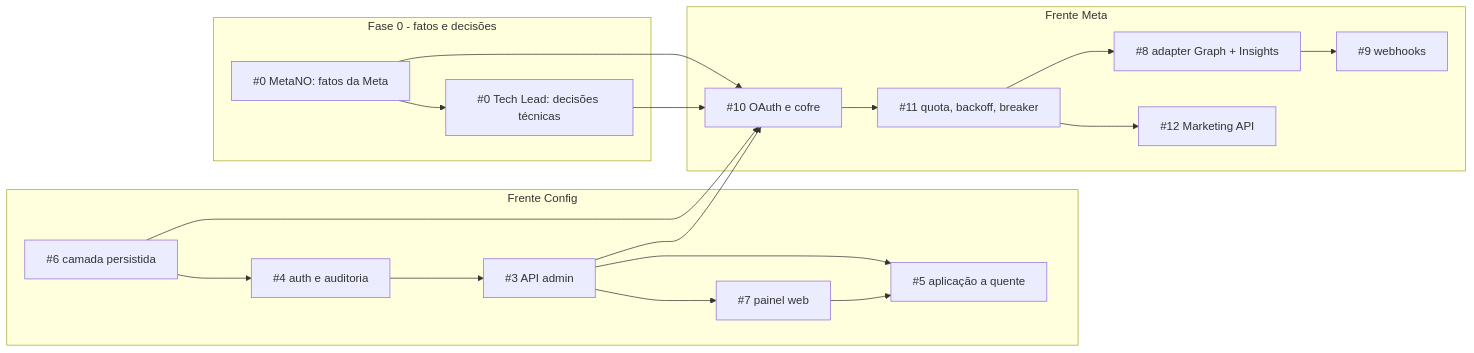
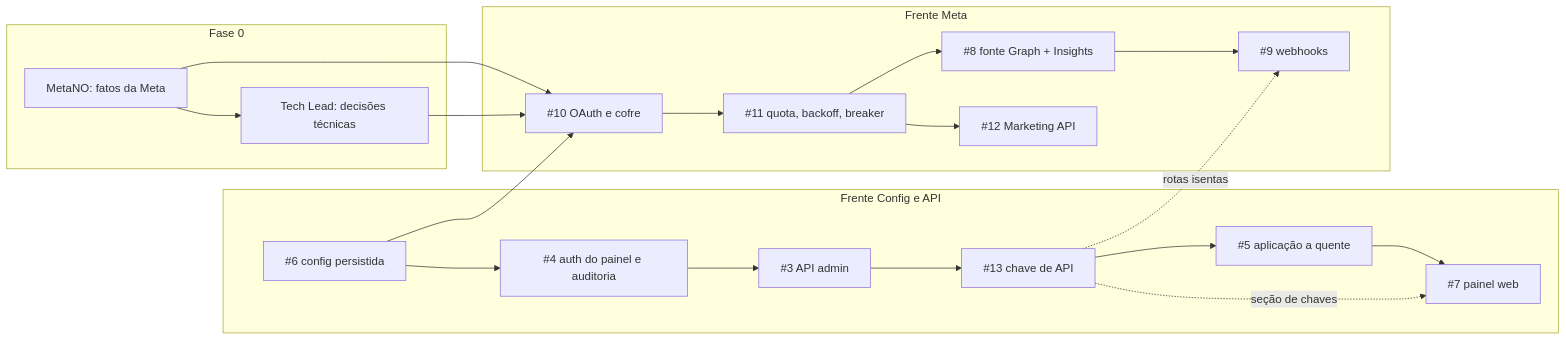
The diagram in docs/planejamento/00-plano.md (gunsleobezerra/analyticsoviet), drawn with Mermaid before and after one commit. The commit also changed other lines of this file and 8 other files, not shown here.

````diff
--- a/docs/planejamento/00-plano.md
+++ b/docs/planejamento/00-plano.md
@@ -39,23 +42,24 @@
 ```mermaid
 flowchart LR
-  subgraph F0[Fase 0 - fatos e decisões]
-    M[#0 MetaNO: fatos da Meta] --> T[#0 Tech Lead: decisões técnicas]
+  subgraph F0[Fase 0]
+    M[MetaNO: fatos da Meta] --> T[Tech Lead: decisões técnicas]
   end
-  subgraph F1[Frente Config]
-    C6[#6 camada persistida] --> C4[#4 auth e auditoria]
+  subgraph F1[Frente Config e API]
+    C6[#6 config persistida] --> C4[#4 auth do painel e auditoria]
     C4 --> C3[#3 API admin]
-    C3 --> C7[#7 painel web]
-    C3 --> C5[#5 aplicação a quente]
-    C7 --> C5
+    C3 --> C13[#13 chave de API]
+    C13 --> C5[#5 aplicação a quente]
+    C5 --> C7[#7 painel web]
+    C13 -.seção de chaves.-> C7
   end
   subgraph F2[Frente Meta]
     C6 --> M10[#10 OAuth e cofre]
     M --> M10
     T --> M10
     M10 --> M11[#11 quota, backoff, breaker]
-    M11 --> M8[#8 adapter Graph + Insights]
+    M11 --> M8[#8 fonte Graph + Insights]
     M11 --> M12[#12 Marketing API]
     M8 --> M9[#9 webhooks]
+    C13 -.rotas isentas.-> M9
   end
-  C3 --> M10
 ```
````
